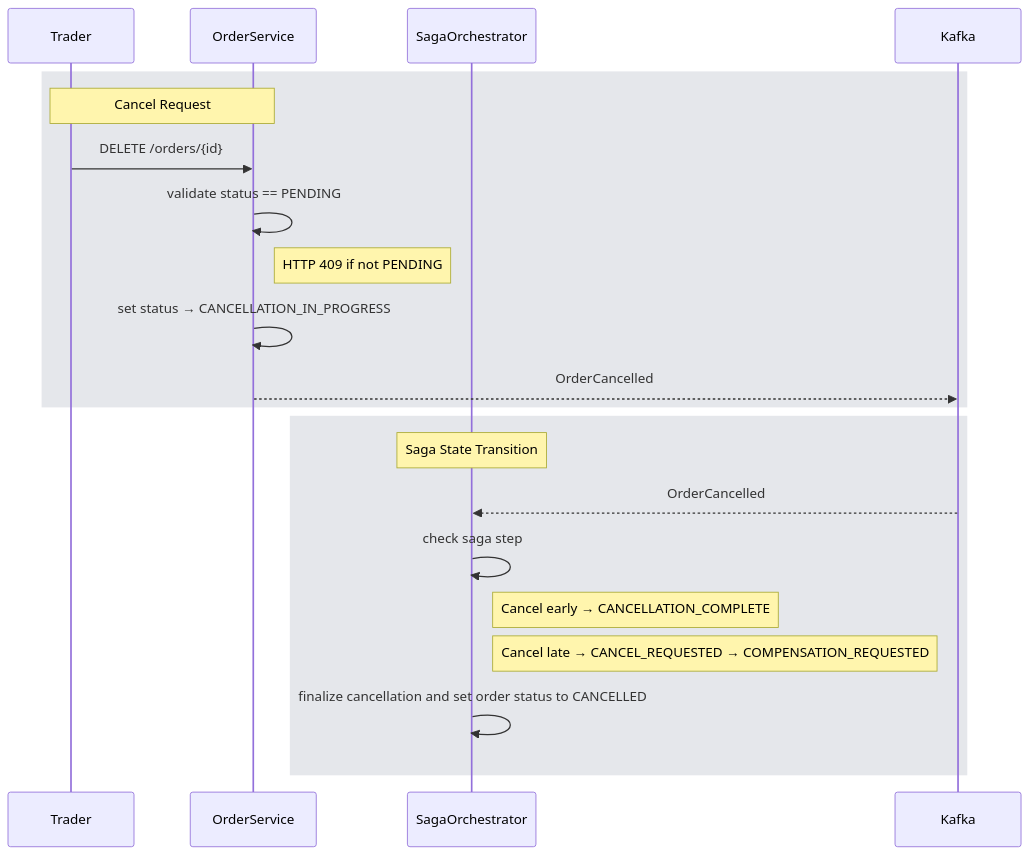
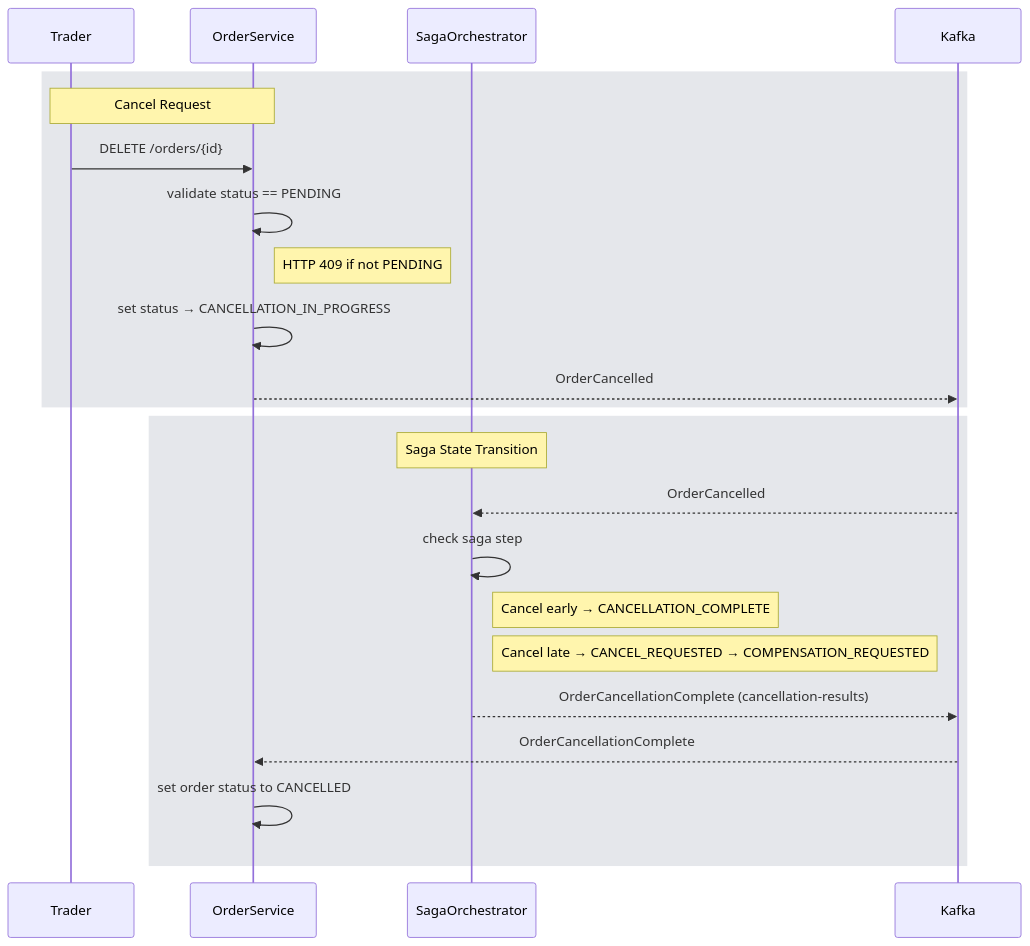
Before and after one commit to rbreunung/spring-kotlin-kafka-gradle-demo-2: the fourth of 4 diagrams in docs/arch/architecture.md, drawn with Mermaid. The commit also changed 9 other files, not shown here.

````diff
--- a/docs/arch/architecture.md
+++ b/docs/arch/architecture.md
@@ -253,24 +253,26 @@
 ```mermaid
 sequenceDiagram
     participant Trader
     participant OrderService
     participant SagaOrchestrator
 
     rect rgb(229, 231, 235)
         Note over Trader,OrderService: Cancel Request
         Trader->>OrderService: DELETE /orders/{id}
         OrderService->>OrderService: validate status == PENDING
         Note right of OrderService: HTTP 409 if not PENDING
         OrderService->>OrderService: set status → CANCELLATION_IN_PROGRESS
         OrderService-->>Kafka: OrderCancelled
     end
 
     rect rgb(229, 231, 235)
         Note over SagaOrchestrator: Saga State Transition
         Kafka-->>SagaOrchestrator: OrderCancelled
         SagaOrchestrator->>SagaOrchestrator: check saga step 
         Note right of SagaOrchestrator: Cancel early → CANCELLATION_COMPLETE
         Note right of SagaOrchestrator: Cancel late → CANCEL_REQUESTED → COMPENSATION_REQUESTED
-        SagaOrchestrator->>SagaOrchestrator: finalize cancellation and set order status to CANCELLED
+        SagaOrchestrator-->>Kafka: OrderCancellationComplete (cancellation-results)
+        Kafka-->>OrderService: OrderCancellationComplete
+        OrderService->>OrderService: set order status to CANCELLED
     end
 ```
````
